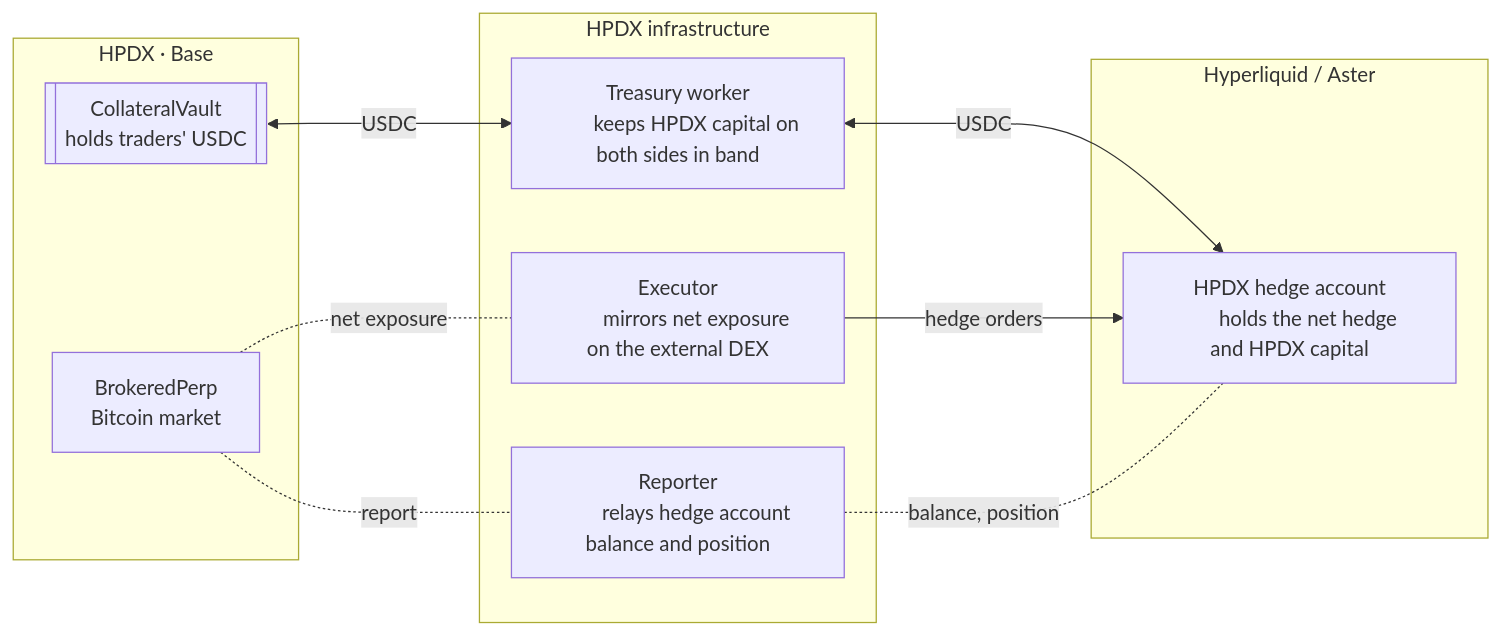
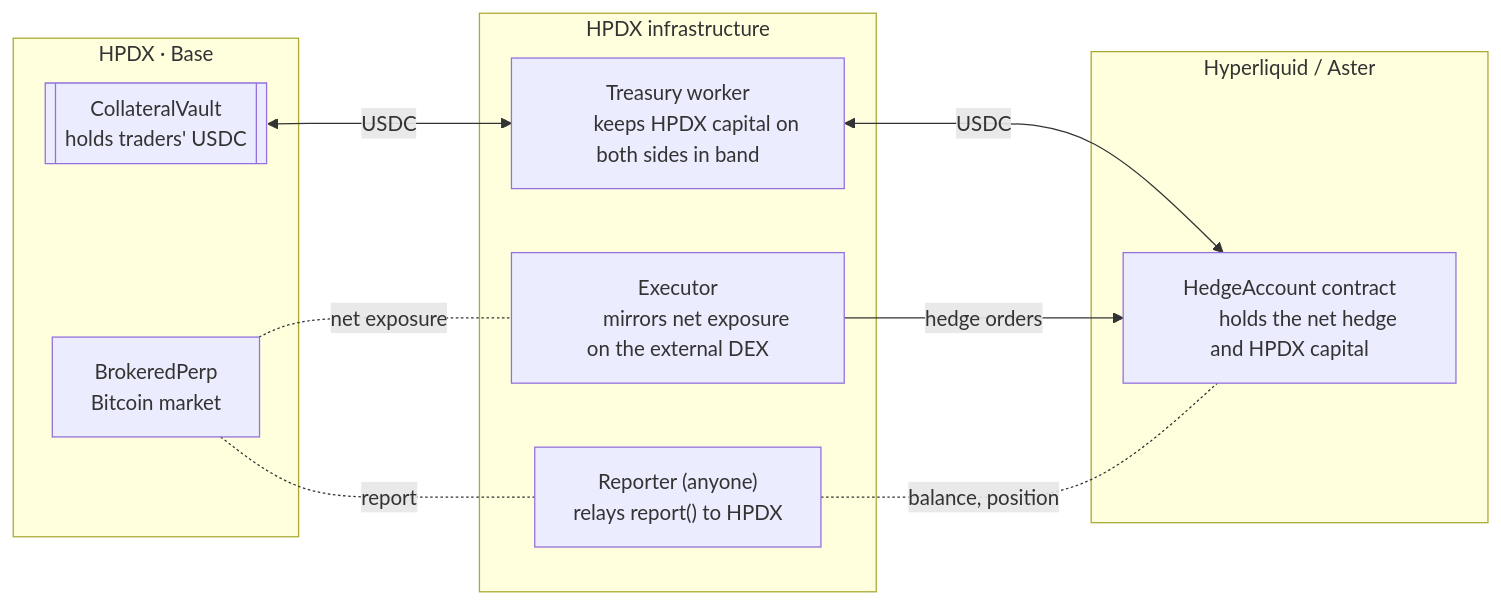
One commit to Lumerin-protocol/collateral-margin changed the third of 3 diagrams in docs/cross-venue-margin-proposal.md. Above: the diagram before and after it, drawn with Mermaid. The commit also changed other lines of this file, not shown here.

Commit message:
docs: explain cross-chain mechanics and permissionless report()

````diff
--- a/docs/cross-venue-margin-proposal.md
+++ b/docs/cross-venue-margin-proposal.md
@@ -164,27 +164,27 @@
 ```mermaid
 flowchart LR
     subgraph HPDX["HPDX · Base"]
         CV[["CollateralVault
         holds traders' USDC"]]
         BP["BrokeredPerp
         Bitcoin market"]
     end
 
     subgraph INFRA["HPDX infrastructure"]
         TREAS["Treasury worker
         keeps HPDX capital on both sides in band"]
         EXEC["Executor
         mirrors net exposure on the external DEX"]
-        REP["Reporter
-        relays hedge account balance and position"]
+        REP["Reporter (anyone)
+        relays report() to HPDX"]
     end
 
     subgraph EX["Hyperliquid / Aster"]
-        OMNI["HPDX hedge account
+        OMNI["HedgeAccount contract
         holds the net hedge and HPDX capital"]
     end
 
     CV <-->|USDC| TREAS <-->|USDC| OMNI
     BP -.-|net exposure| EXEC -->|hedge orders| OMNI
     BP -.-|report| REP -.-|balance, position| OMNI
 ```
````
